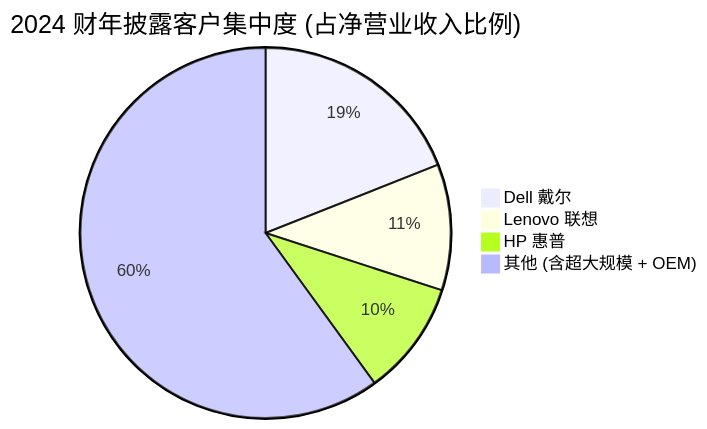
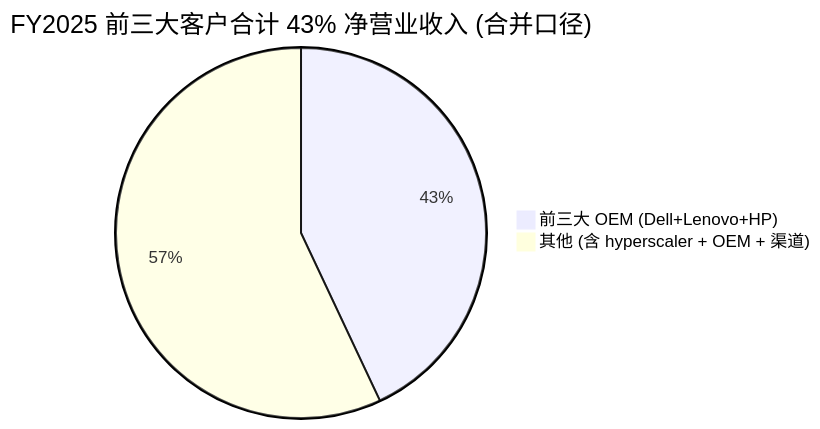
One commit to dadachundan/financial_agent changed the third of 4 diagrams in reports/company/Intel_NASDAQ_INTC/Intel_NASDAQ_INTC_公司研究.md. Above: the diagram before and after it, drawn with Mermaid. The commit also changed other lines of this file, not shown here.

First line of the commit message:
feat(company-research): refresh Intel (INTC) — decision layer + full chart suite

````diff
--- a/reports/company/Intel_NASDAQ_INTC/Intel_NASDAQ_INTC_公司研究.md
+++ b/reports/company/Intel_NASDAQ_INTC/Intel_NASDAQ_INTC_公司研究.md
@@ -234,7 +768,5 @@
 ```mermaid
-pie title 2024 财年披露客户集中度 (占净营业收入比例)
-    "Dell 戴尔" : 19
-    "Lenovo 联想" : 11
-    "HP 惠普" : 10
-    "其他 (含超大规模 + OEM)" : 60
+pie title FY2025 前三大客户合计 43% 净营业收入 (合并口径)
+    "前三大 OEM (Dell+Lenovo+HP)" : 43
+    "其他 (含 hyperscaler + OEM + 渠道)" : 57
 ```
````
